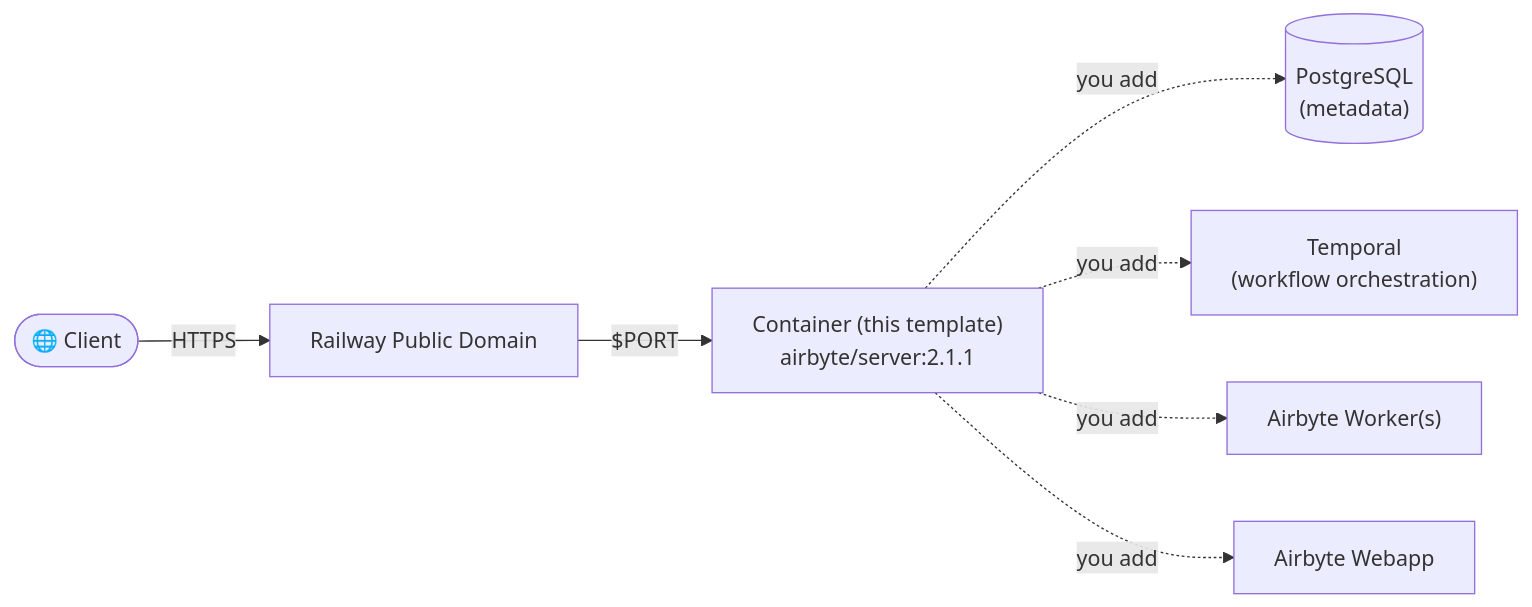
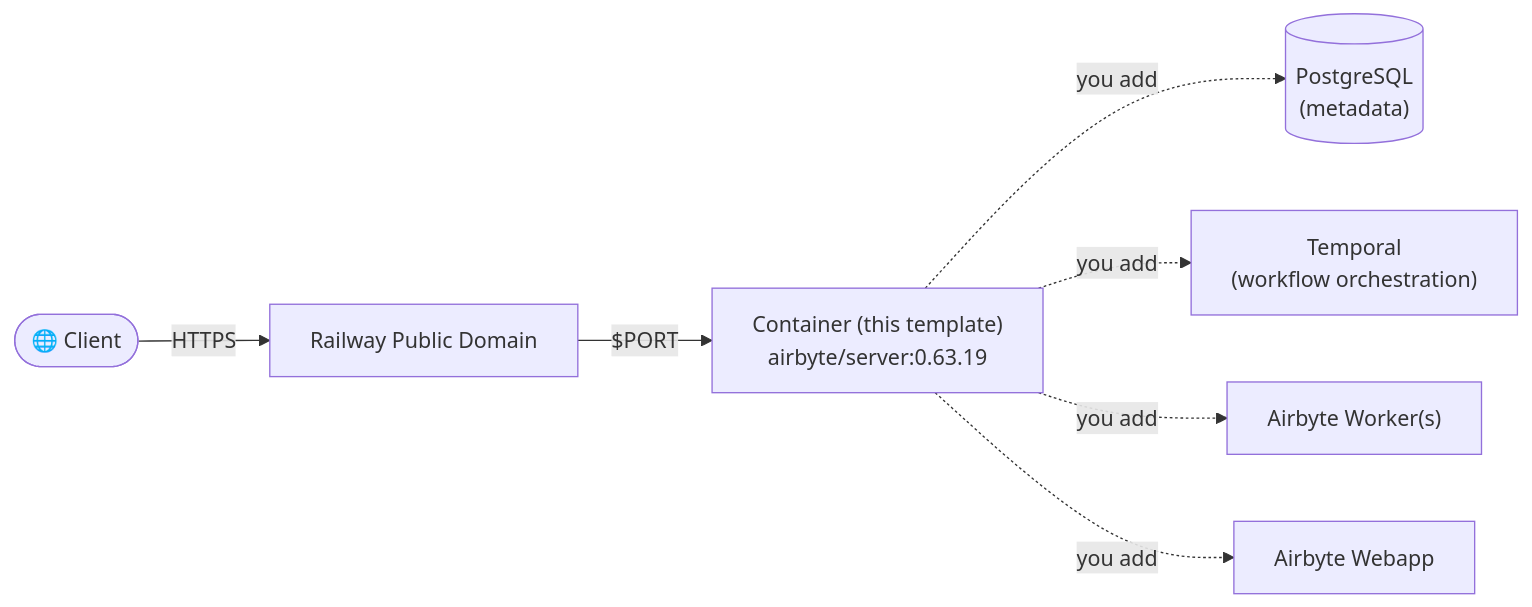
One commit to vergissberlin/railwayapp-airbyte changed the diagram in README.md. Above: the diagram before and after it, drawn with Mermaid. The commit also changed other lines of this file and 2 other files, not shown here.

````diff
--- a/README.md
+++ b/README.md
@@ -11,9 +14,9 @@
 ```mermaid
 flowchart LR
     Client(["🌐 Client"]) -->|HTTPS| Domain["Railway Public Domain"]
-    Domain -->|"$PORT"| Server["Container (this template)\nairbyte/server:2.1.1"]
+    Domain -->|"$PORT"| Server["Container (this template)\nairbyte/server:0.63.19"]
     Server -.->|"you add"| PG[("PostgreSQL\n(metadata)")]
     Server -.->|"you add"| Temporal["Temporal\n(workflow orchestration)"]
     Server -.->|"you add"| Worker["Airbyte Worker(s)"]
     Server -.->|"you add"| Webapp["Airbyte Webapp"]
 ```
````
